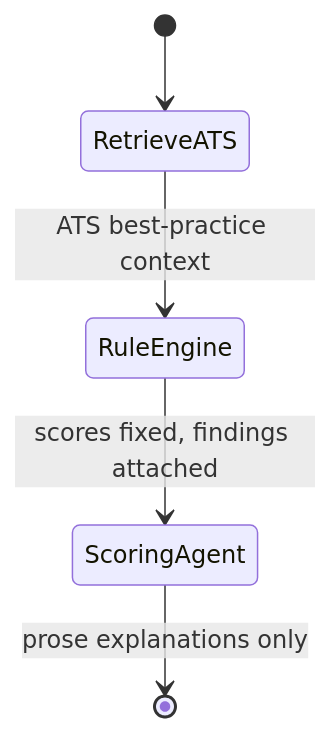
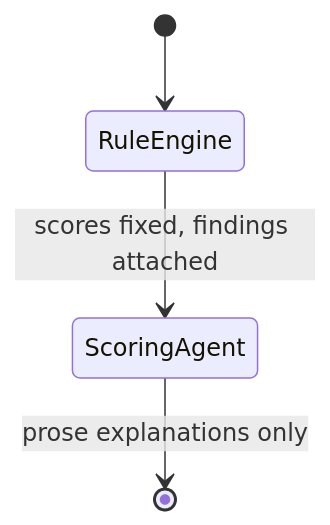
One commit to taradgaonkartejas/resume-ai changed the seventh of 10 diagrams in DESIGN.md. Above: the diagram before and after it, drawn with Mermaid. The commit also changed other lines of this file and 54 other files, not shown here.

````diff
--- a/DESIGN.md
+++ b/DESIGN.md
@@ -581,7 +581,6 @@
 ```mermaid
 stateDiagram-v2
-    [*] --> RetrieveATS
-    RetrieveATS --> RuleEngine: ATS best-practice context
+    [*] --> RuleEngine
     RuleEngine --> ScoringAgent: scores fixed, findings attached
     ScoringAgent --> [*]: prose explanations only
 ```
````
